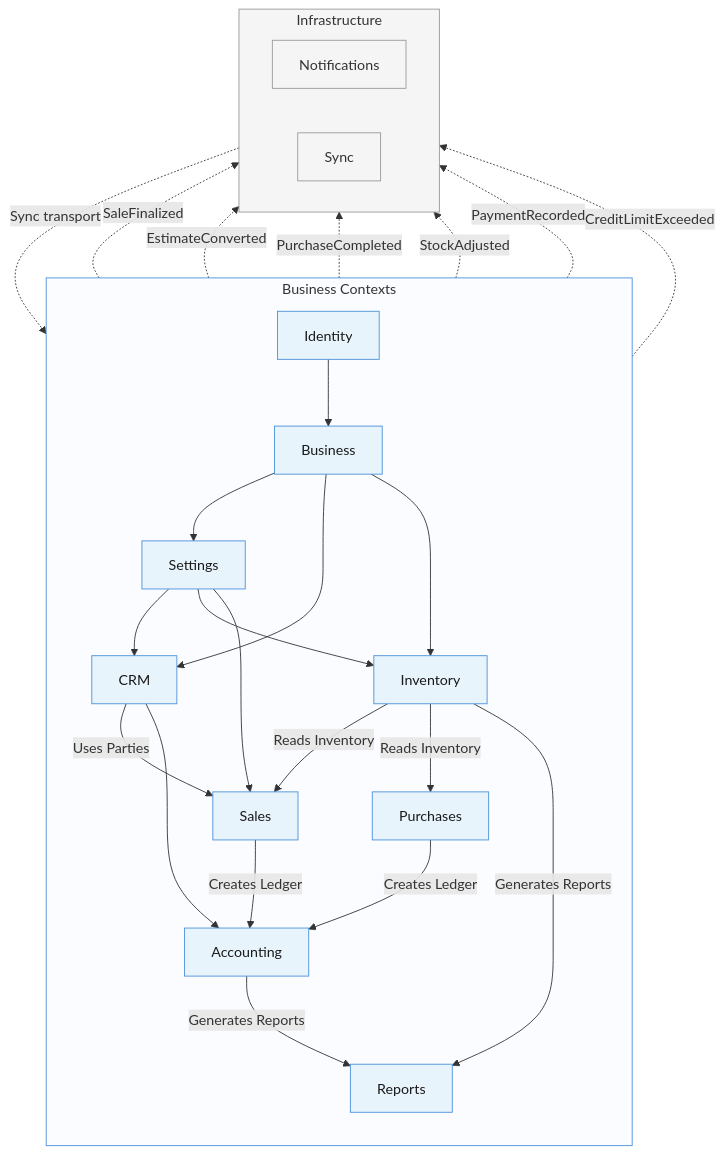
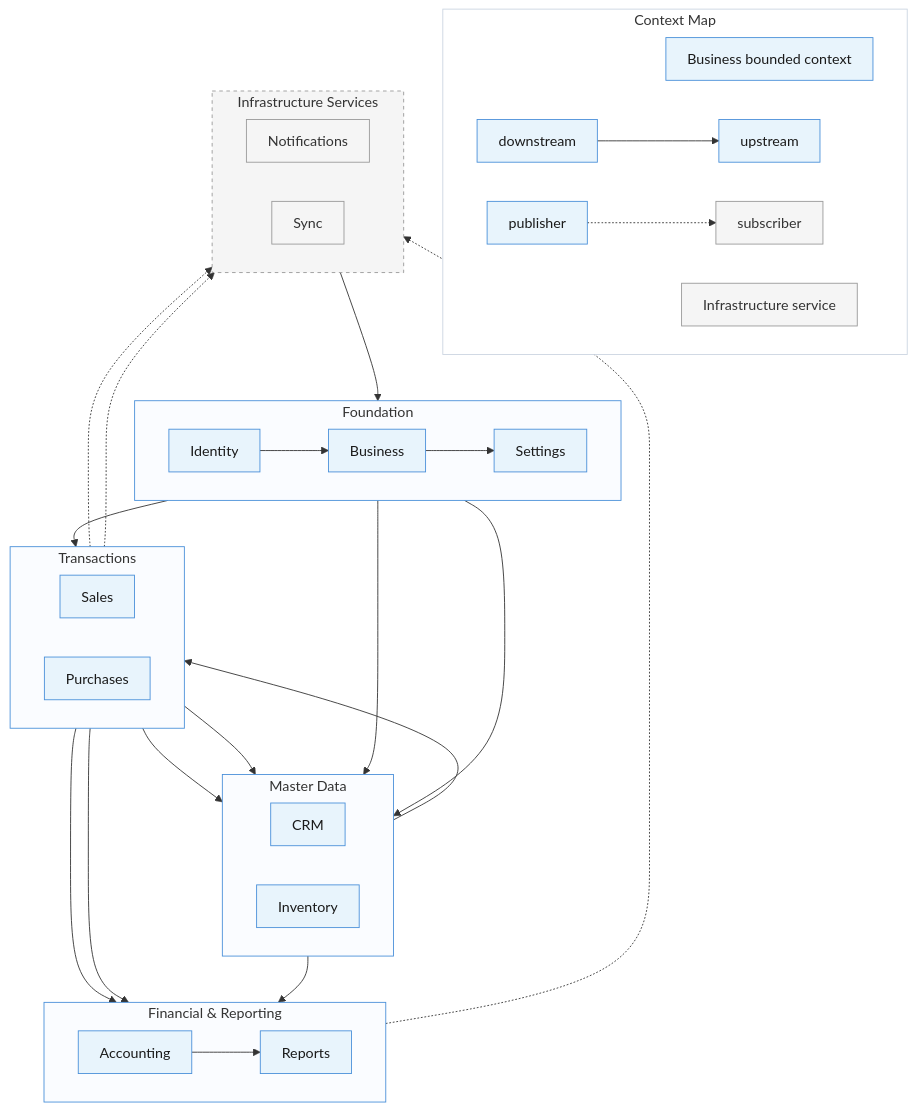
One commit to DevInDayslab/billing-baba changed the second of 11 diagrams in docs/01-architecture.md. Above: the diagram before and after it, drawn with Mermaid. The commit also changed other lines of this file, not shown here.

Commit message:
Update architecture documentation to clarify business domains and bounded contexts. Introduce a new Business Process Flow section, revise terminology for clarity, and enhance the context map with a legend for better understanding of relationships and dependencies.

````diff
--- a/docs/01-architecture.md
+++ b/docs/01-architecture.md
@@ -164,54 +169,66 @@
 ```mermaid
-flowchart TD
-    subgraph business["Business Contexts"]
-        direction TB
-        ID["Identity"]
-        BUS["Business"]
-        SET["Settings"]
+%%{init: {'flowchart': {'nodeSpacing': 44, 'rankSpacing': 52, 'padding': 12}}}%%
+flowchart TB
+
+    subgraph legend["Context Map"]
+        direction LR
+        leg_biz["Business bounded context"]:::businessCtx
+        leg_inf["Infrastructure service"]:::infraCtx
+        leg_dep_a["downstream"]:::businessCtx --> leg_dep_b["upstream"]:::businessCtx
+        leg_evt_a["publisher"]:::businessCtx -.-> leg_evt_b["subscriber"]:::infraCtx
+    end
+
+    subgraph layer_foundation["Foundation"]
+        direction LR
+        ID["Identity"] --> BUS["Business"] --> SET["Settings"]
+    end
+
+    subgraph layer_master["Master Data"]
+        direction LR
         CRM["CRM"]
         INV["Inventory"]
+    end
+
+    subgraph layer_transaction["Transactions"]
+        direction LR
         SAL["Sales"]
         PUR["Purchases"]
+    end
+
+    subgraph layer_financial["Financial & Reporting"]
+        direction LR
         ACC["Accounting"]
         REP["Reports"]
     end
 
-    subgraph infrastructure["Infrastructure"]
+    subgraph infra["Infrastructure Services"]
         direction LR
         NOT["Notifications"]
         SYN["Sync"]
     end
 
-    ID --> BUS
-    BUS --> SET
     BUS --> CRM
     BUS --> INV
-    SET --> CRM
-    SET --> INV
     SET --> SAL
-    CRM -->|"Uses Parties"| SAL
-    INV -->|"Reads Inventory"| SAL
-    INV -->|"Reads Inventory"| PUR
-    SAL -->|"Creates Ledger"| ACC
-    PUR -->|"Creates Ledger"| ACC
-    CRM --> ACC
-    INV -->|"Generates Reports"| REP
-    ACC -->|"Generates Reports"| REP
+    CRM --> SAL
 
-    SAL -.->|SaleFinalized| NOT
-    SAL -.->|EstimateConverted| NOT
-    PUR -.->|PurchaseCompleted| NOT
-    INV -.->|StockAdjusted| NOT
-    ACC -.->|PaymentRecorded| NOT
-    CRM -.->|CreditLimitExceeded| NOT
+    SAL & PUR --> INV
+    SAL & PUR --> ACC
+    INV & ACC --> REP
 
-    SYN -.->|"Sync transport"| BUS
+    SAL & PUR & ACC -.-> NOT
+
+    SYN --> BUS
 
     classDef businessCtx fill:#e8f4fc,stroke:#4a90d9,color:#1a1a1a
     classDef infraCtx fill:#f5f5f5,stroke:#999999,color:#333333
-    class ID,BUS,SET,CRM,INV,SAL,PUR,ACC,REP businessCtx
-    class NOT,SYN infraCtx
+    class ID,BUS,SET,CRM,INV,SAL,PUR,ACC,REP,leg_biz,leg_dep_a,leg_dep_b,leg_evt_a businessCtx
+    class NOT,SYN,leg_inf,leg_evt_b infraCtx
 
-    style business fill:#fafcff,stroke:#4a90d9
-    style infrastructure fill:#f5f5f5,stroke:#999999
+    style legend fill:#ffffff,stroke:#cbd5e1
+    style layer_foundation fill:#fafcff,stroke:#4a90d9
+    style layer_master fill:#fafcff,stroke:#4a90d9
+    style layer_transaction fill:#fafcff,stroke:#4a90d9
+    style layer_financial fill:#fafcff,stroke:#4a90d9
+    style infra fill:#f5f5f5,stroke:#999999,stroke-dasharray:4 4
 ```
````
